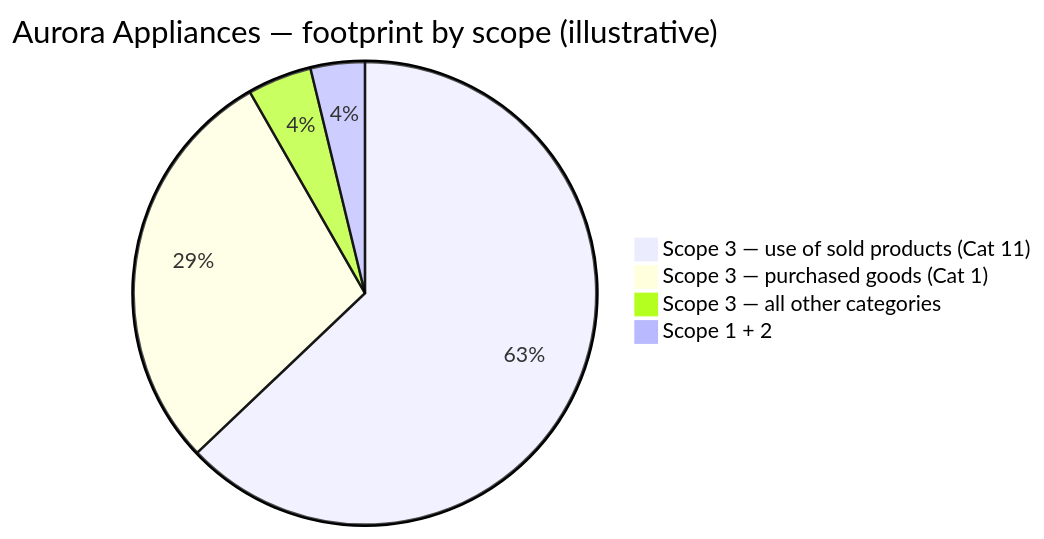
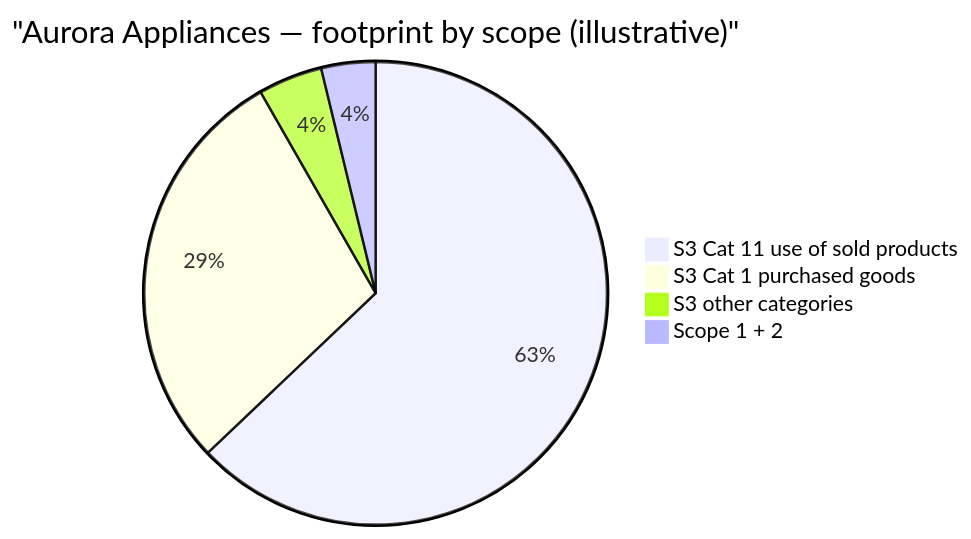
One commit to co3org/Scope3-Challenge changed the second of 2 diagrams in 09_worked_example.md. Above: the diagram before and after it, drawn with Mermaid. The commit also changed other lines of this file and 10 other files, not shown here.

First line of the commit message:
Redesign all 57 Mermaid diagrams with a consistent, semantic design system

````diff
--- a/09_worked_example.md
+++ b/09_worked_example.md
@@ -113,7 +126,7 @@
 ```mermaid
-pie title Aurora Appliances — footprint by scope (illustrative)
-    "Scope 3 — use of sold products (Cat 11)" : 1080000
-    "Scope 3 — purchased goods (Cat 1)" : 495000
-    "Scope 3 — all other categories" : 76950
+pie title "Aurora Appliances — footprint by scope (illustrative)"
+    "S3 Cat 11 use of sold products" : 1080000
+    "S3 Cat 1 purchased goods" : 495000
+    "S3 other categories" : 76950
     "Scope 1 + 2" : 65000
 ```
````
